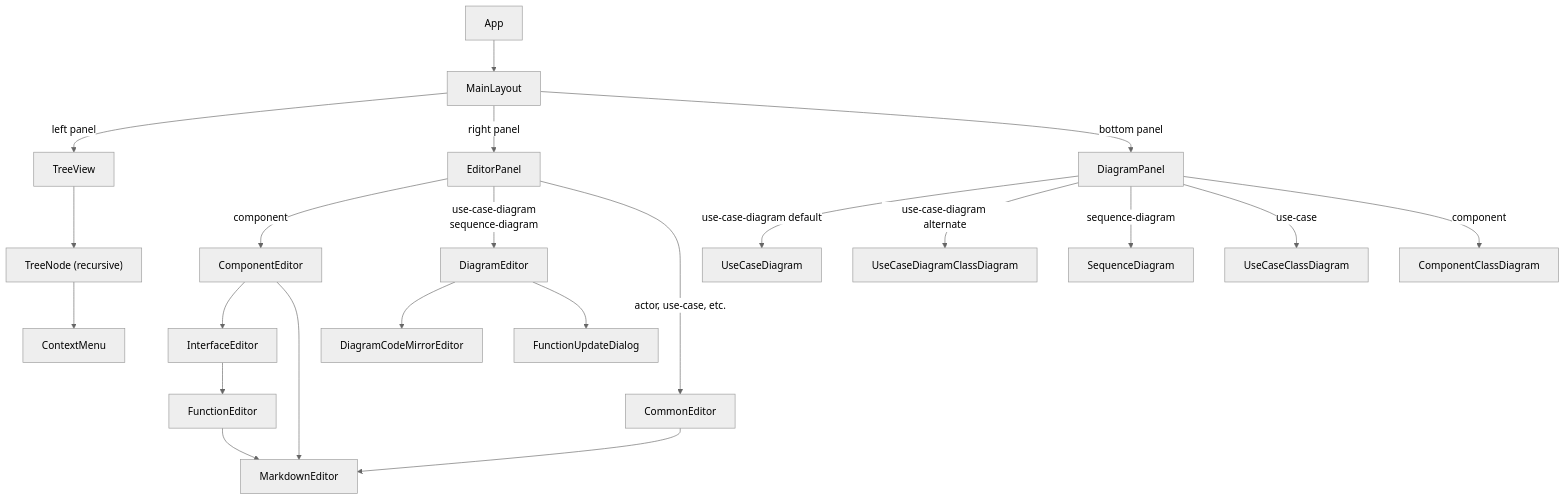
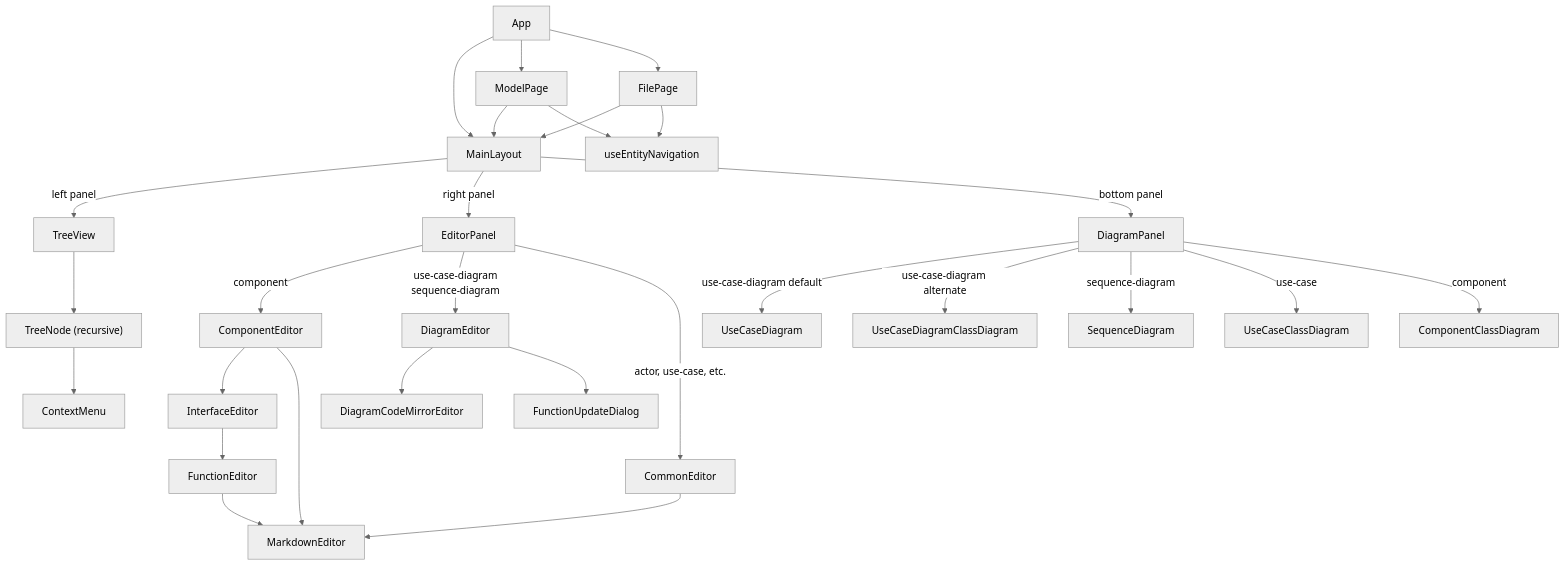
One commit to twinprime/integra changed the first of 5 diagrams in docs/developer-guide.md. Above: the diagram before and after it, drawn with Mermaid (neutral theme). The commit also changed other lines of this file and 2 other files, not shown here.

Commit message:
docs: update spec and guides for URL entity navigation and browser back/forward
- Spec: use pushState + popstate (browser back/forward replaces in-app buttons); remove navBack/navForward store state from affected files list
- User guide: replace in-app back/forward description with browser navigation; add entity URL and /file bookmarking sections; update nginx config to include /file route; remove Alt+←/→ keyboard shortcuts
- Developer guide: add FilePage and useEntityNavigation to component architecture; add useEntityNavigation to hooks table; note navigation history moves from store to browser history; update system requirement 11

````diff
--- a/docs/developer-guide.md
+++ b/docs/developer-guide.md
@@ -124,30 +124,38 @@
 ```mermaid
 graph TD
     App --> MainLayout
+    App --> ModelPage
+    App --> FilePage
+
+    ModelPage --> MainLayout
+    FilePage --> MainLayout
 
     MainLayout -->|left panel| TreeView
     MainLayout -->|right panel| EditorPanel
     MainLayout -->|bottom panel| DiagramPanel
+
+    ModelPage --> useEntityNavigation
+    FilePage --> useEntityNavigation
 
     TreeView --> TreeNode["TreeNode (recursive)"]
     TreeNode --> ContextMenu
 
     EditorPanel -->|component| ComponentEditor
     EditorPanel -->|"use-case-diagram<br>sequence-diagram"| DiagramEditor
     EditorPanel -->|actor, use-case, etc.| CommonEditor
 
     ComponentEditor --> InterfaceEditor
     ComponentEditor --> MarkdownEditor
     InterfaceEditor --> FunctionEditor
     FunctionEditor --> MarkdownEditor
     CommonEditor --> MarkdownEditor
 
     DiagramEditor --> DiagramCodeMirrorEditor
     DiagramEditor --> FunctionUpdateDialog
 
     DiagramPanel -->|use-case-diagram default| UseCaseDiagram
     DiagramPanel -->|use-case-diagram alternate| UseCaseDiagramClassDiagram
     DiagramPanel -->|sequence-diagram| SequenceDiagram
     DiagramPanel -->|use-case| UseCaseClassDiagram
     DiagramPanel -->|component| ComponentClassDiagram
 ```
````
